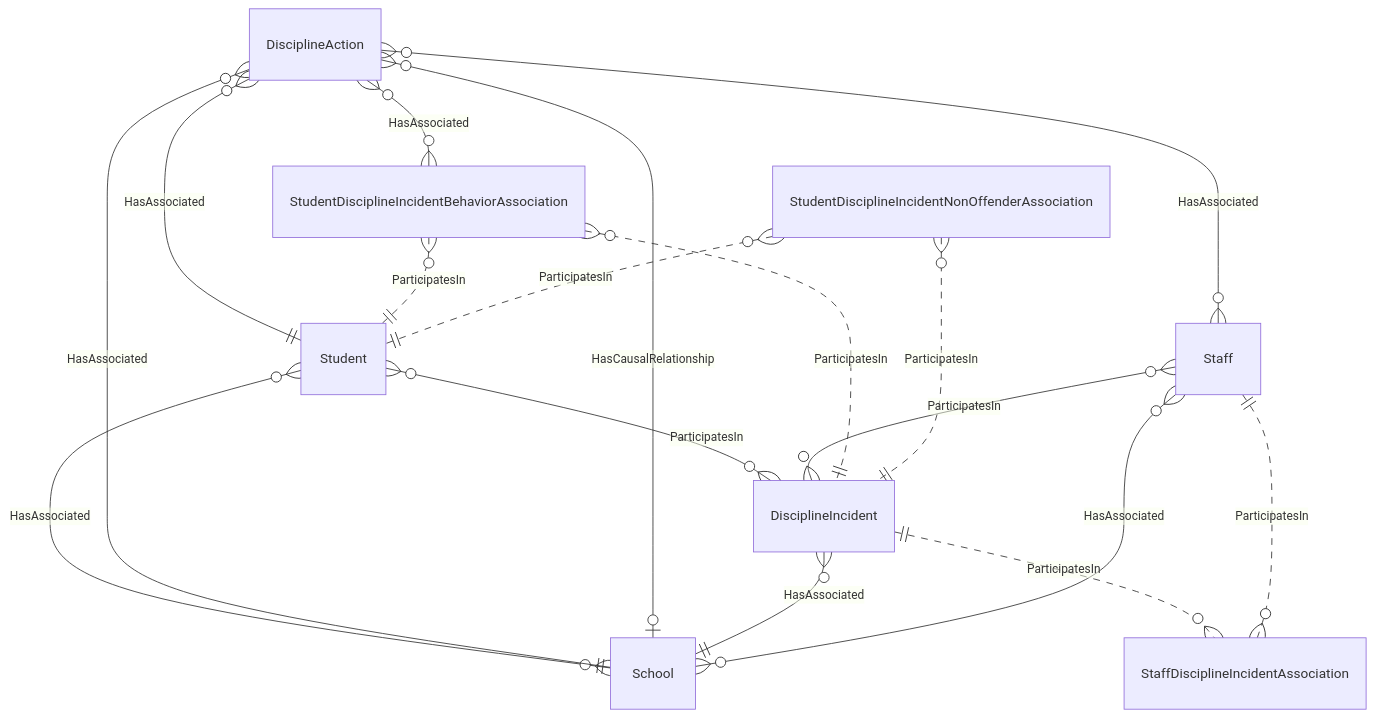
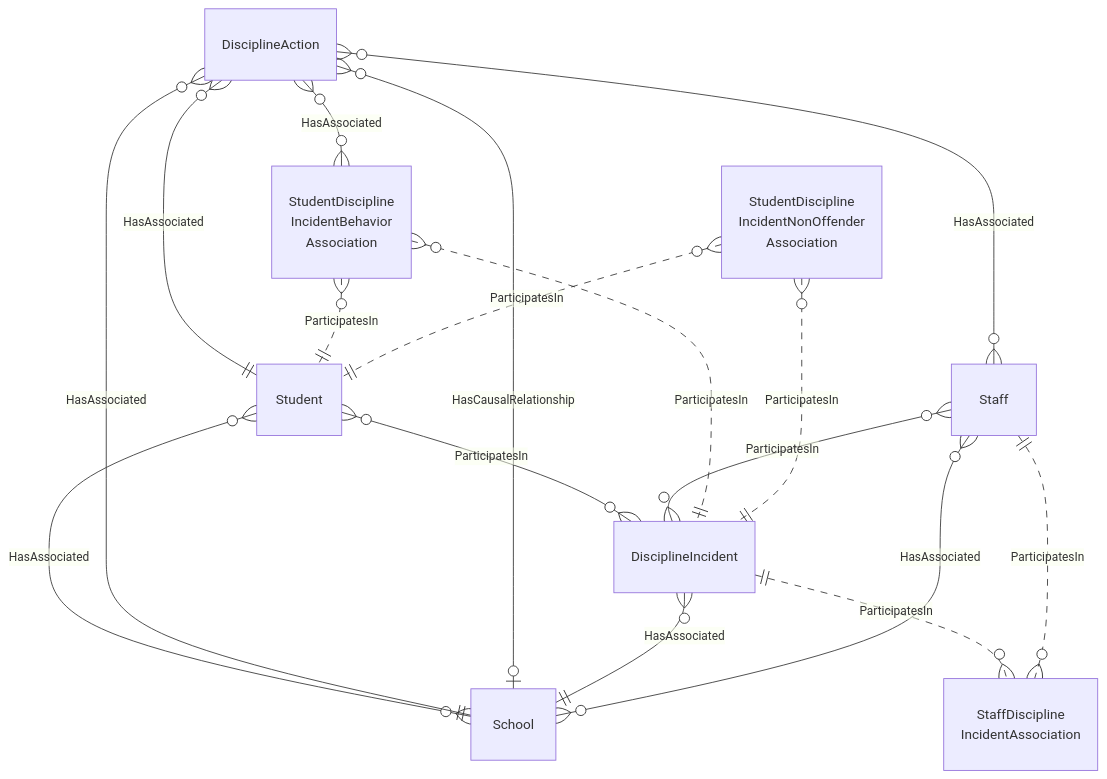
One commit to Ed-Fi-Alliance-OSS/ed-fi-alliance-oss.github.io changed the diagram in dataStandard_versioned_docs/version-6/model-reference/discipline-domain/Discipline-simple.mmd. Above: the diagram before and after it, drawn with Mermaid. The commit also changed 20 other files, not shown here.

First line of the commit message:
Added Alternate Label Text and Line Breaks to Simple Diagrams

```diff
--- a/dataStandard_versioned_docs/version-6/model-reference/discipline-domain/Discipline-simple.mmd
+++ b/dataStandard_versioned_docs/version-6/model-reference/discipline-domain/Discipline-simple.mmd
@@ -1,33 +1,33 @@
 erDiagram
     DisciplineIncident {
     }
     DisciplineAction {
     }
-    StaffDisciplineIncidentAssociation {
+    StaffDisciplineIncidentAssociation["StaffDiscipline<br/>IncidentAssociation"] {
     }
-    StudentDisciplineIncidentBehaviorAssociation {
+    StudentDisciplineIncidentBehaviorAssociation["StudentDiscipline<br/>IncidentBehavior<br/>Association"] {
     }
-    StudentDisciplineIncidentNonOffenderAssociation {
+    StudentDisciplineIncidentNonOffenderAssociation["StudentDiscipline<br/>IncidentNonOffender<br/>Association"] {
     }
     Student {
     }
     Staff {
     }
     School {
     }
     Student }o--o{ School : "HasAssociated"
     Student }o--o{ DisciplineIncident : "ParticipatesIn"
     DisciplineAction }o--|| Student : "HasAssociated"
     DisciplineAction }o--o{ StudentDisciplineIncidentBehaviorAssociation : "HasAssociated"
     DisciplineAction }o--o{ Staff : "HasAssociated"
     DisciplineAction }o--|| School : "HasAssociated"
     DisciplineAction }o--o| School : "HasCausalRelationship"
     DisciplineIncident }o--|| School : "HasAssociated"
     DisciplineIncident ||..o{ StaffDisciplineIncidentAssociation : "ParticipatesIn"
     Staff ||..o{ StaffDisciplineIncidentAssociation : "ParticipatesIn"
     Staff }o--o{ DisciplineIncident : "ParticipatesIn"
     StudentDisciplineIncidentBehaviorAssociation }o..|| DisciplineIncident : "ParticipatesIn"
     StudentDisciplineIncidentBehaviorAssociation }o..|| Student : "ParticipatesIn"
     StudentDisciplineIncidentNonOffenderAssociation }o..|| DisciplineIncident : "ParticipatesIn"
     StudentDisciplineIncidentNonOffenderAssociation }o..|| Student : "ParticipatesIn"
     Staff }o--o{ School : "HasAssociated"
```
